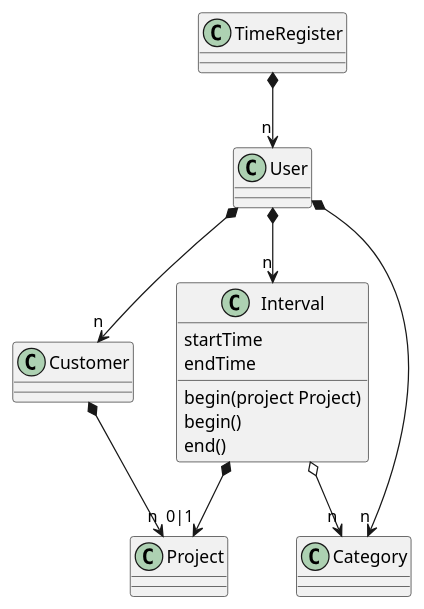
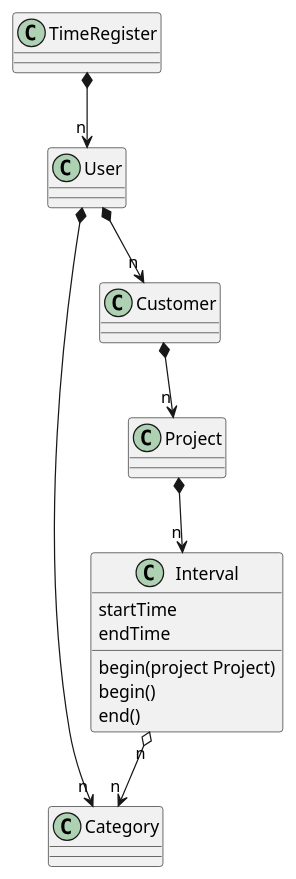
Before and after one commit to EscuelaIt/time-register: the diagram in docs/src/domain.plantuml, drawn with PlantUML. The commit also changed 1 other file, not shown here.

```diff
--- a/docs/src/domain.plantuml
+++ b/docs/src/domain.plantuml
@@ -1,24 +1,23 @@
 @startuml
 
 class TimeRegister
 class User
 class Project 
 class Category
 class Interval {
   startTime
   endTime
   begin(project Project)
   begin()
   end()
 }
 class Customer
 
 TimeRegister *-down-> "n" User
 User *-down-> "n" Customer
 Customer *-down-> "n" Project
-User *-down-> "n" Interval
 User *-down-> "n" Category
-Interval *-> "0|1" Project
-Interval o-down-> "n" Category
+Project *-down-> "n" Interval
+Interval "n" o-down-> "n" Category
 
 @enduml
```
